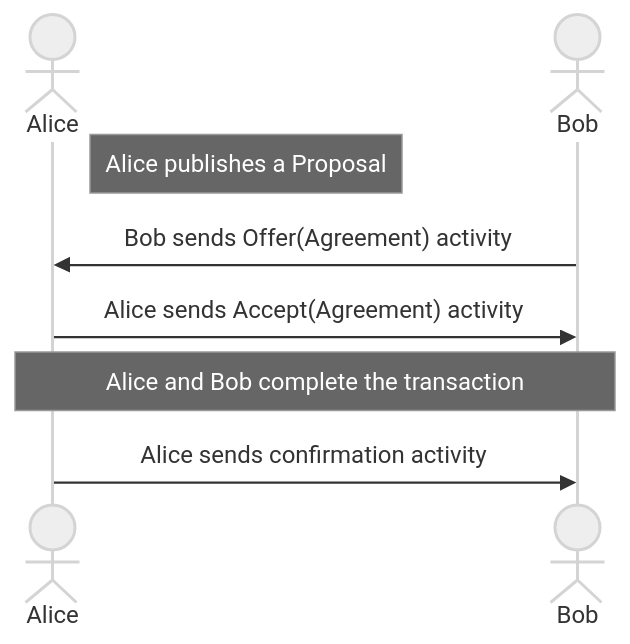
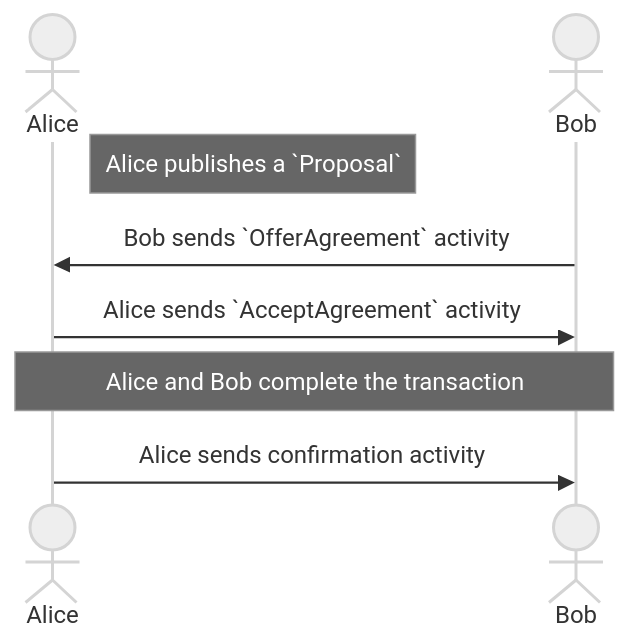
One commit to julianlam/feps changed the diagram in fep/0837/fep-0837.md. Above: the diagram before and after it, drawn with Mermaid (neutral theme). The commit also changed other lines of this file and 1 other file, not shown here.

First line of the commit message:
FEP-0837: New activity types (#864)

````diff
--- a/fep/0837/fep-0837.md
+++ b/fep/0837/fep-0837.md
@@ -26,10 +26,10 @@
 ```mermaid
 sequenceDiagram
   actor Alice
   actor Bob
-  Note right of Alice: Alice publishes a Proposal
-  Bob ->> Alice: Bob sends Offer(Agreement) activity
-  Alice ->> Bob: Alice sends Accept(Agreement) activity
+  Note right of Alice: Alice publishes a `Proposal`
+  Bob ->> Alice: Bob sends `OfferAgreement` activity
+  Alice ->> Bob: Alice sends `AcceptAgreement` activity
   Note over Alice, Bob: Alice and Bob complete the transaction
   Alice ->> Bob: Alice sends confirmation activity
 ```
````
